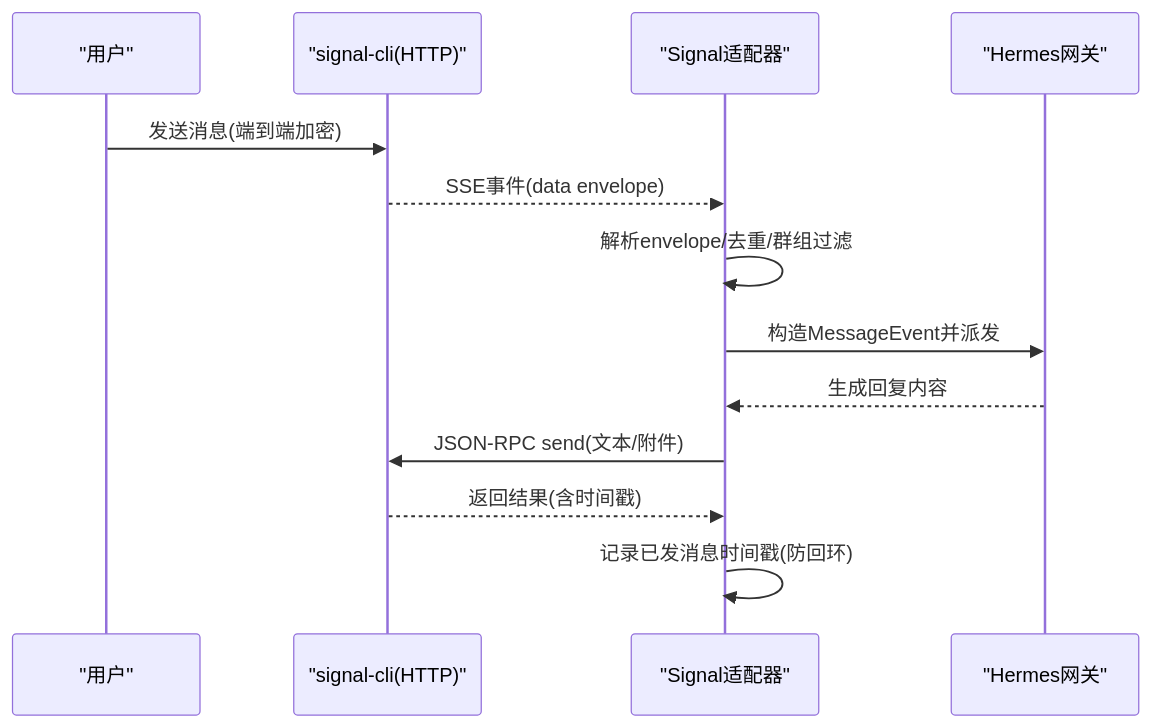
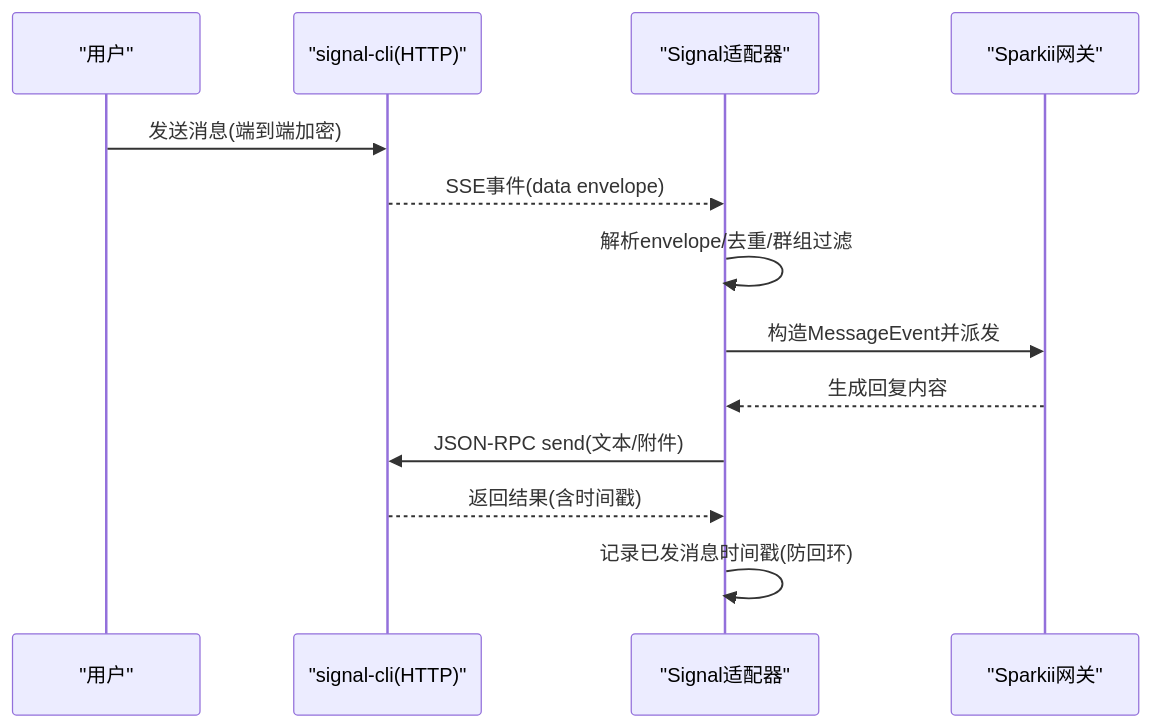
The second of 5 diagrams in .qoder/repowiki/zh/content/用户指南/消息平台集成指南/Signal客户端集成.md (YueDJ/SpaikiiDesktop), drawn with Mermaid before and after one commit. The commit also changed other lines of this file and 299 other files, not shown here.

````diff
--- a/.qoder/repowiki/zh/content/用户指南/消息平台集成指南/Signal客户端集成.md
+++ b/.qoder/repowiki/zh/content/用户指南/消息平台集成指南/Signal客户端集成.md
@@ -71,15 +71,15 @@
 ```mermaid
 sequenceDiagram
 participant U as "用户"
 participant SC as "signal-cli(HTTP)"
 participant SA as "Signal适配器"
-participant G as "Hermes网关"
+participant G as "Sparkii网关"
 U->>SC : 发送消息(端到端加密)
 SC-->>SA : SSE事件(data envelope)
 SA->>SA : 解析envelope/去重/群组过滤
 SA->>G : 构造MessageEvent并派发
 G-->>SA : 生成回复内容
 SA->>SC : JSON-RPC send(文本/附件)
 SC-->>SA : 返回结果(含时间戳)
 SA->>SA : 记录已发消息时间戳(防回环)
 ```
````
